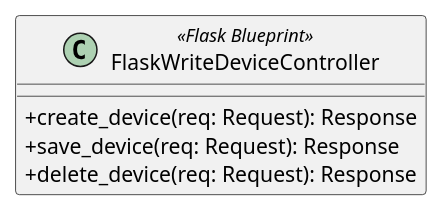
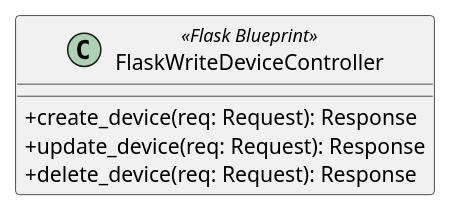
One commit to GroupRubberDuck/Documentazione changed the diagram in src/PB/DocumentazioneEsterna/Specifica_Tecnica/content/uml/puml/Diagrammi_classi/Backend/InboundAdapters/FlaskWriteDeviceController.puml. Above: the diagram before and after it, drawn with PlantUML. The commit also changed 92 other files, not shown here.

```diff
--- a/src/PB/DocumentazioneEsterna/Specifica_Tecnica/content/uml/puml/Diagrammi_classi/Backend/InboundAdapters/FlaskWriteDeviceController.puml
+++ b/src/PB/DocumentazioneEsterna/Specifica_Tecnica/content/uml/puml/Diagrammi_classi/Backend/InboundAdapters/FlaskWriteDeviceController.puml
@@ -1,9 +1,9 @@
 @startuml FlaskWriteDeviceController
 skinparam classAttributeIconSize 0
 class FlaskWriteDeviceController <<Flask Blueprint>> {
     + create_device(req: Request): Response
-    + save_device(req: Request): Response
+    + update_device(req: Request): Response
     + delete_device(req: Request): Response
 }
 
 @enduml
```
